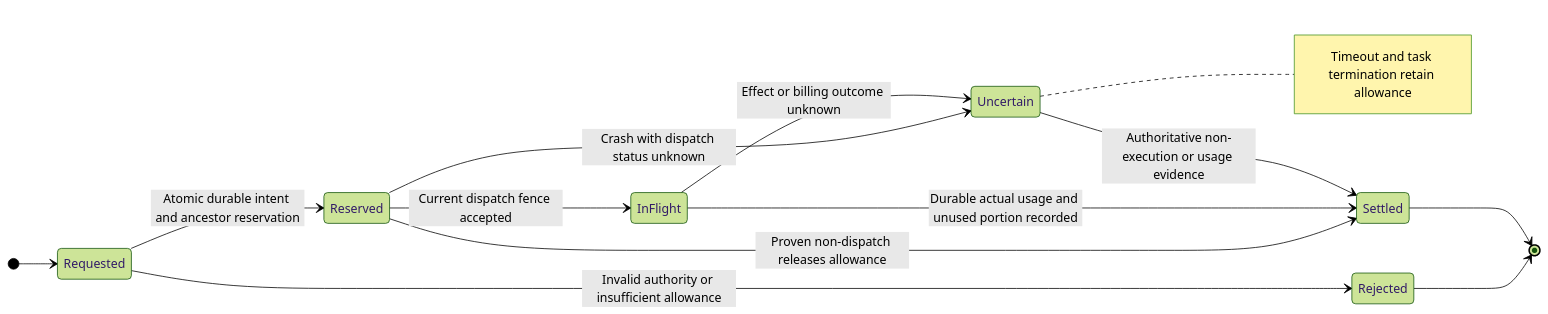
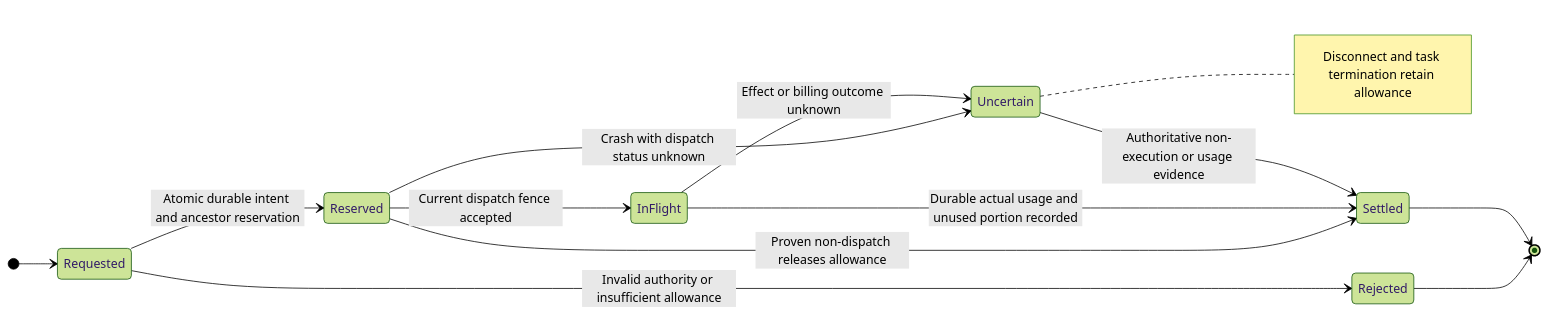
The ninth of 13 diagrams in docs/designs/core-harness-brief.md (pidster/asura), drawn with Mermaid (forest theme) before and after one commit. The commit also changed other lines of this file and 80 other files, not shown here.

````diff
--- a/docs/designs/core-harness-brief.md
+++ b/docs/designs/core-harness-brief.md
@@ -453,16 +466,16 @@
 ```mermaid
 stateDiagram-v2
     direction LR
     [*] --> Requested
     Requested --> Rejected: Invalid authority or insufficient allowance
     Requested --> Reserved: Atomic durable intent and ancestor reservation
     Reserved --> InFlight: Current dispatch fence accepted
     Reserved --> Settled: Proven non-dispatch releases allowance
     InFlight --> Settled: Durable actual usage and unused portion recorded
     Reserved --> Uncertain: Crash with dispatch status unknown
     InFlight --> Uncertain: Effect or billing outcome unknown
-    note right of Uncertain: Timeout and task termination retain allowance
+    note right of Uncertain: Disconnect and task termination retain allowance
     Uncertain --> Settled: Authoritative non-execution or usage evidence
     Rejected --> [*]
     Settled --> [*]
 ```
````
